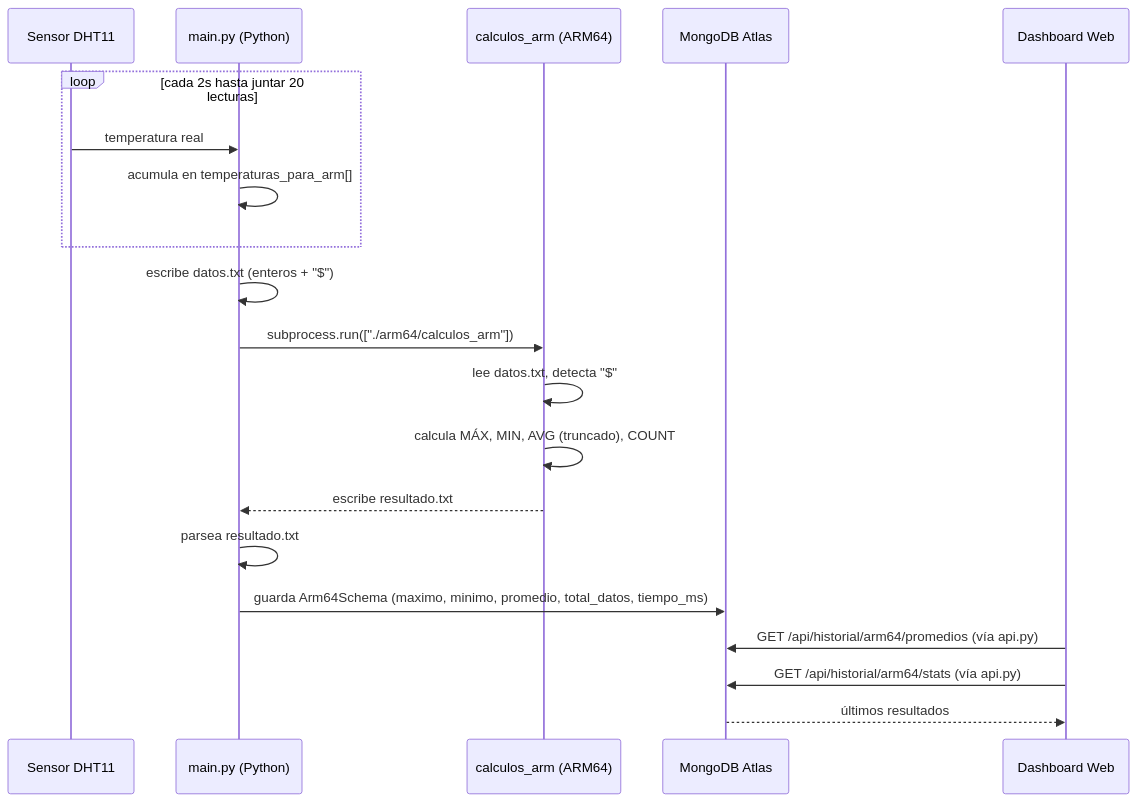
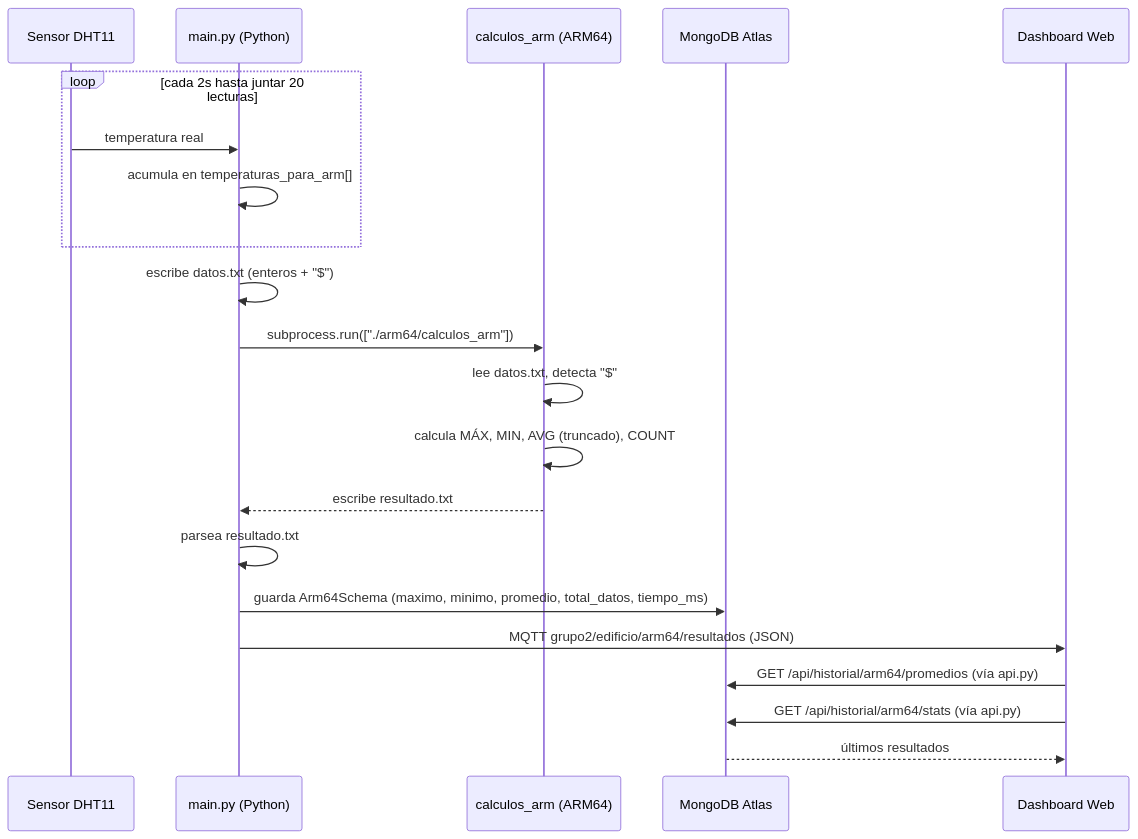
Before and after one commit to rafita75/ARQUI1_2S2026G2: the diagram in docs/flujo_arm64.md, drawn with Mermaid. The commit also changed other lines of this file and 3 other files, not shown here.

First line of the commit message:
Publica el resultado del modulo ARM64 por MQTT

````diff
--- a/docs/flujo_arm64.md
+++ b/docs/flujo_arm64.md
@@ -3,23 +3,24 @@
 ```mermaid
 sequenceDiagram
     participant DHT as Sensor DHT11
     participant Py as main.py (Python)
     participant Asm as calculos_arm (ARM64)
     participant Mongo as MongoDB Atlas
     participant Dash as Dashboard Web
 
     loop cada 2s hasta juntar 20 lecturas
         DHT->>Py: temperatura real
         Py->>Py: acumula en temperaturas_para_arm[]
     end
     Py->>Py: escribe datos.txt (enteros + "$")
     Py->>Asm: subprocess.run(["./arm64/calculos_arm"])
     Asm->>Asm: lee datos.txt, detecta "$"
     Asm->>Asm: calcula MÁX, MIN, AVG (truncado), COUNT
     Asm-->>Py: escribe resultado.txt
     Py->>Py: parsea resultado.txt
     Py->>Mongo: guarda Arm64Schema (maximo, minimo, promedio, total_datos, tiempo_ms)
+    Py->>Dash: MQTT grupo2/edificio/arm64/resultados (JSON)
     Dash->>Mongo: GET /api/historial/arm64/promedios (vía api.py)
     Dash->>Mongo: GET /api/historial/arm64/stats (vía api.py)
     Mongo-->>Dash: últimos resultados
 ```
````
